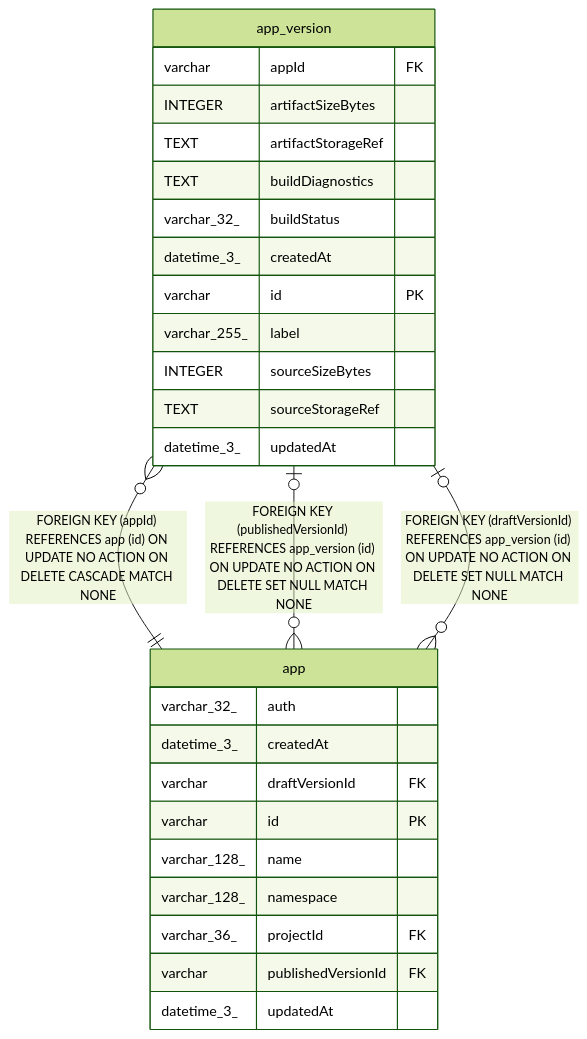
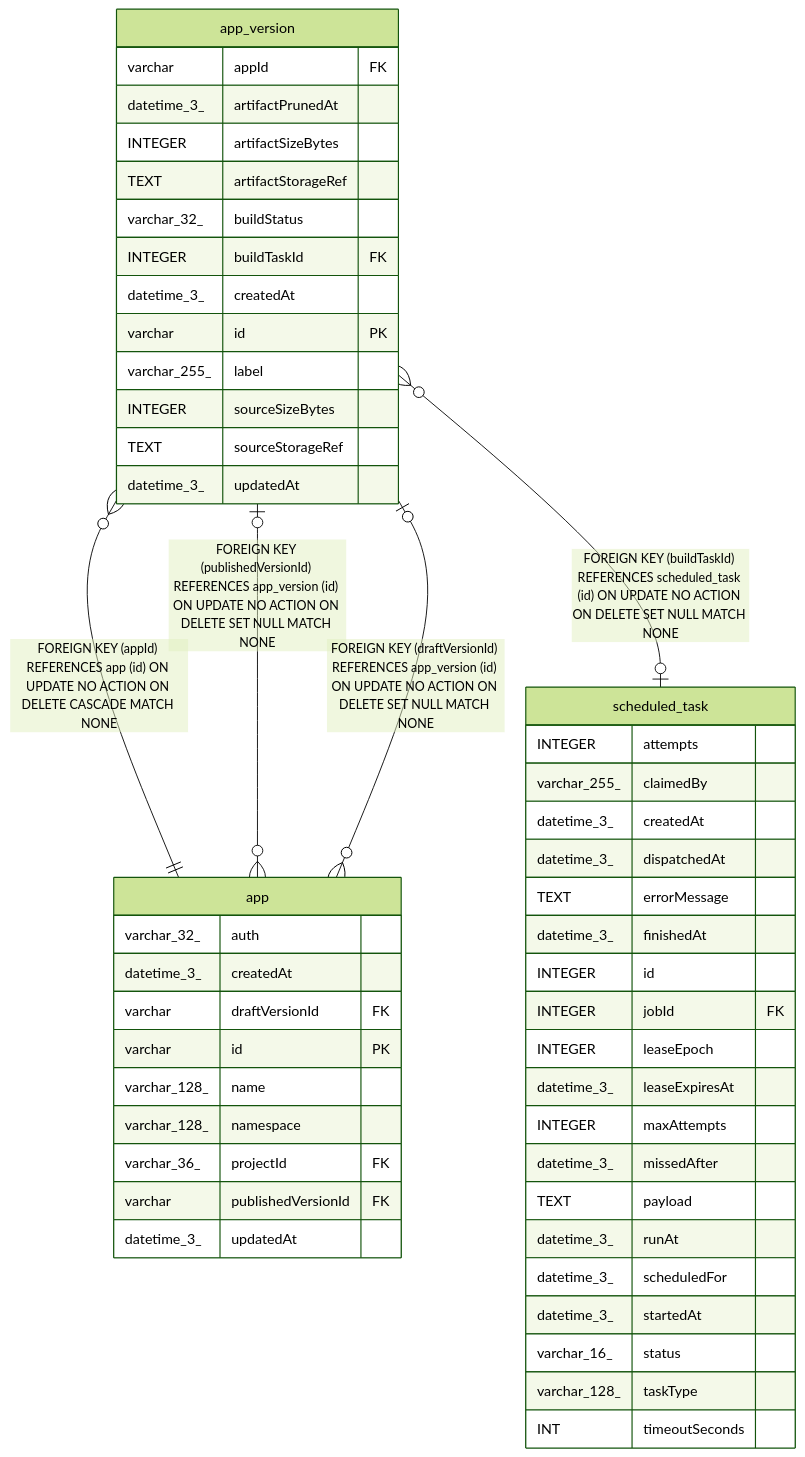
One commit to ATAC-tounde/n8n-private changed the diagram in docs/generated/sqlite-schema/app_version.md. Above: the diagram before and after it, drawn with Mermaid (forest theme). The commit also changed other lines of this file and 10 other files, not shown here.

````diff
--- a/docs/generated/sqlite-schema/app_version.md
+++ b/docs/generated/sqlite-schema/app_version.md
@@ -48,32 +51,55 @@
 ```mermaid
 erDiagram
 
 "app_version" }o--|| "app" : "FOREIGN KEY (appId) REFERENCES app (id) ON UPDATE NO ACTION ON DELETE CASCADE MATCH NONE"
+"app_version" }o--o| "scheduled_task" : "FOREIGN KEY (buildTaskId) REFERENCES scheduled_task (id) ON UPDATE NO ACTION ON DELETE SET NULL MATCH NONE"
 "app" }o--o| "app_version" : "FOREIGN KEY (publishedVersionId) REFERENCES app_version (id) ON UPDATE NO ACTION ON DELETE SET NULL MATCH NONE"
 "app" }o--o| "app_version" : "FOREIGN KEY (draftVersionId) REFERENCES app_version (id) ON UPDATE NO ACTION ON DELETE SET NULL MATCH NONE"
 
 "app_version" {
   varchar appId FK
+  datetime_3_ artifactPrunedAt
   INTEGER artifactSizeBytes
   TEXT artifactStorageRef
-  TEXT buildDiagnostics
   varchar_32_ buildStatus
+  INTEGER buildTaskId FK
   datetime_3_ createdAt
   varchar id PK
   varchar_255_ label
   INTEGER sourceSizeBytes
   TEXT sourceStorageRef
   datetime_3_ updatedAt
 }
 "app" {
   varchar_32_ auth
   datetime_3_ createdAt
   varchar draftVersionId FK
   varchar id PK
   varchar_128_ name
   varchar_128_ namespace
   varchar_36_ projectId FK
   varchar publishedVersionId FK
   datetime_3_ updatedAt
 }
+"scheduled_task" {
+  INTEGER attempts
+  varchar_255_ claimedBy
+  datetime_3_ createdAt
+  datetime_3_ dispatchedAt
+  TEXT errorMessage
+  datetime_3_ finishedAt
+  INTEGER id
+  INTEGER jobId FK
+  INTEGER leaseEpoch
+  datetime_3_ leaseExpiresAt
+  INTEGER maxAttempts
+  datetime_3_ missedAfter
+  TEXT payload
+  datetime_3_ runAt
+  datetime_3_ scheduledFor
+  datetime_3_ startedAt
+  varchar_16_ status
+  varchar_128_ taskType
+  INT timeoutSeconds
+}
 ```
````
